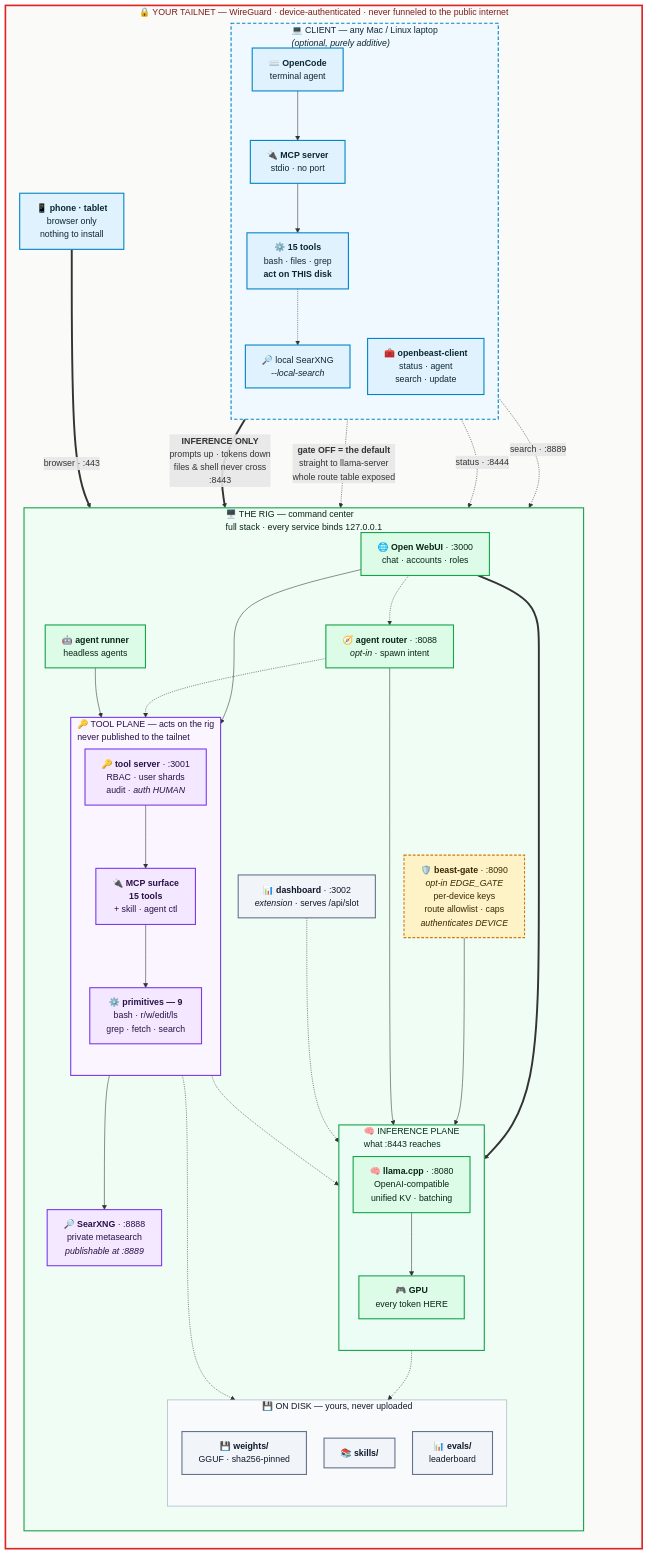
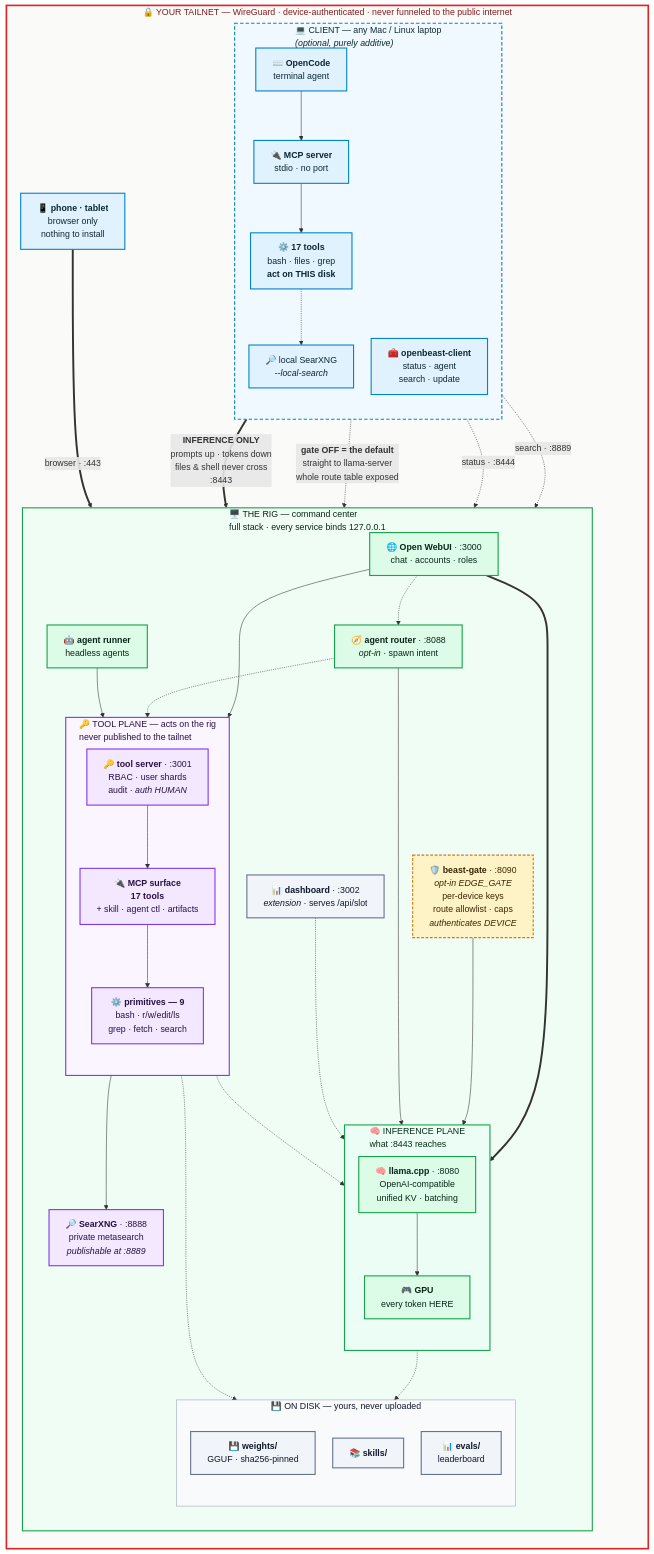
Before and after one commit to MaximilianKhan/openbeast: the diagram in README.md, drawn with Mermaid. The commit also changed other lines of this file and 39 other files, not shown here.

```diff
--- a/README.md
+++ b/README.md
@@ -276,7 +277,7 @@
       coc["⌨️ <b>OpenCode</b><br/>terminal agent"]
       ccli["🧰 <b>openbeast-client</b><br/>status · agent<br/>search · update"]
       cmcp["🔌 <b>MCP server</b><br/>stdio · no port"]
-      ctools["⚙️ <b>15 tools</b><br/>bash · files · grep<br/><b>act on THIS disk</b>"]
+      ctools["⚙️ <b>17 tools</b><br/>bash · files · grep<br/><b>act on THIS disk</b>"]
       csx["🔎 local SearXNG<br/><i>--local-search</i>"]
       coc --> cmcp
       cmcp --> ctools
@@ -298,7 +299,7 @@
       subgraph TOOLPLANE["🔑 TOOL PLANE — acts on the rig<br/>never published to the tailnet"]
         direction TB
         idsrv["🔑 <b>tool server</b> · :3001<br/>RBAC · user shards<br/>audit · <i>auth HUMAN</i>"]
-        mcp["🔌 <b>MCP surface</b><br/><b>15 tools</b><br/>+ skill · agent ctl"]
+        mcp["🔌 <b>MCP surface</b><br/><b>17 tools</b><br/>+ skill · agent ctl · artifacts"]
         prim["⚙️ <b>primitives — 9</b><br/>bash · r/w/edit/ls<br/>grep · fetch · search"]
         idsrv --> mcp
         mcp --> prim
```
